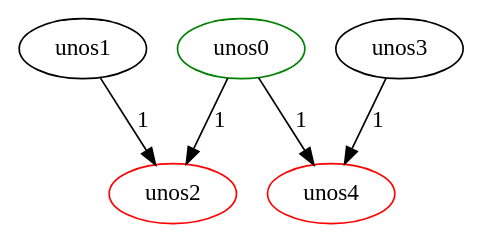
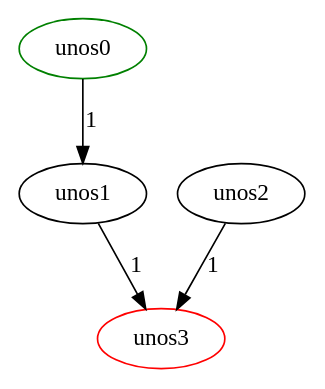
Before and after one commit to ChrisChV/Finite_Automata_Class: the diagram in unos.dot, drawn with Graphviz. The commit also changed 11 other files, not shown here.

```diff
--- a/unos.dot
+++ b/unos.dot
@@ -1,12 +1,10 @@
 digraph{
 0 [label="unos0"color = "black"];
-0->2 [label="1"];
-0->4 [label="1"];
+0->1 [label="1"];
 1 [label="unos1"color = "black"];
-1->2 [label="1"];
-2 [label="unos2"color = "red"];
-3 [label="unos3"color = "black"];
-3->4 [label="1"];
-4 [label="unos4"color = "red"];
+1->3 [label="1"];
+2 [label="unos2"color = "black"];
+2->3 [label="1"];
+3 [label="unos3"color = "red"];
 0 [label = "unos0"color = "green"];
 }
```
